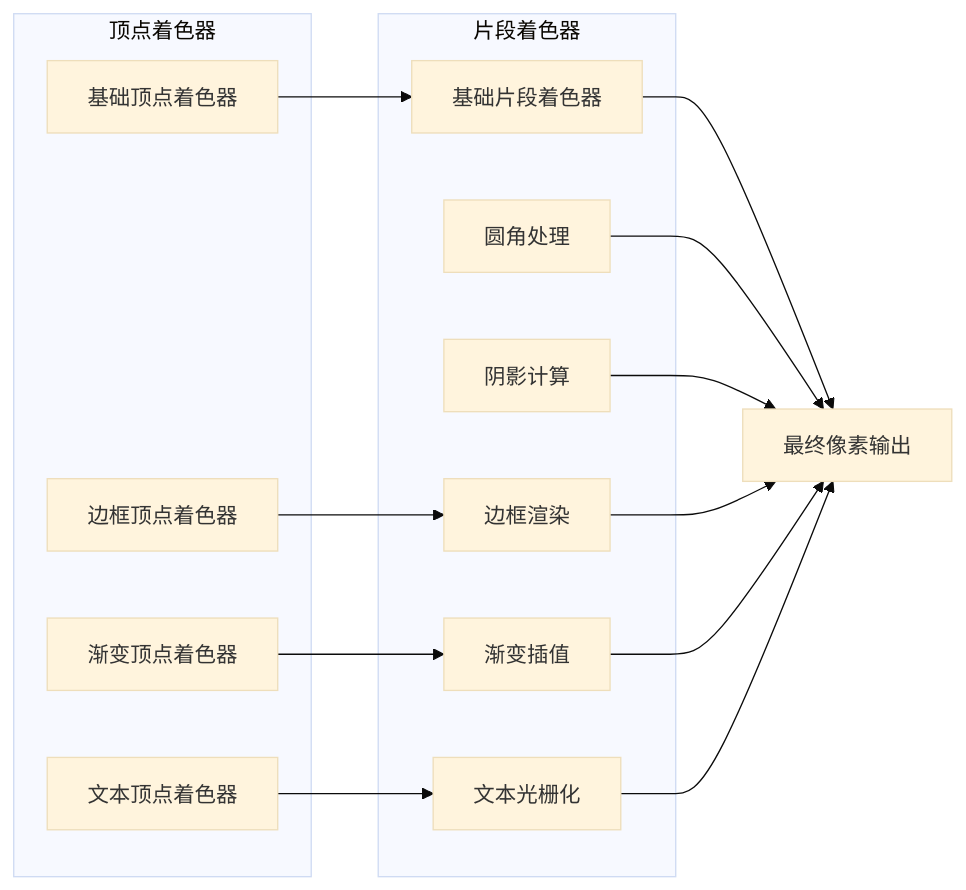
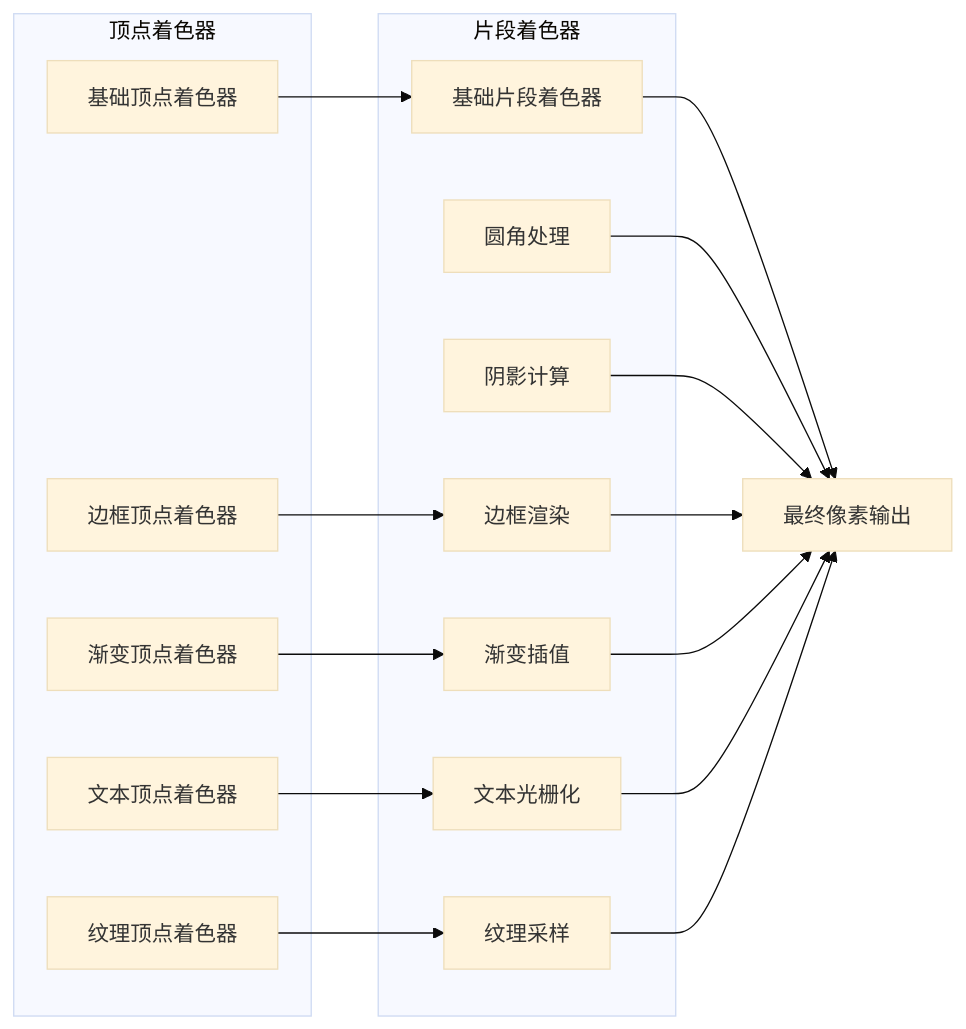
Before and after one commit to itszzl-sudo/iris: the seventh of 22 diagrams in .qoder/repowiki/zh/content/核心功能特性/自研浏览器级渲染能力.md, drawn with Mermaid (base theme). The commit also changed other lines of this file and 4 other files, not shown here.

````diff
--- a/.qoder/repowiki/zh/content/核心功能特性/自研浏览器级渲染能力.md
+++ b/.qoder/repowiki/zh/content/核心功能特性/自研浏览器级渲染能力.md
@@ -291,27 +290,31 @@
 ```mermaid
 graph LR
 subgraph "顶点着色器"
 VS_Base[基础顶点着色器]
 VS_Text[文本顶点着色器]
 VS_Gradient[渐变顶点着色器]
 VS_Border[边框顶点着色器]
+VS_Texture[纹理顶点着色器]
 end
 subgraph "片段着色器"
 FS_Base[基础片段着色器]
 FS_Rounded[圆角处理]
 FS_Shadow[阴影计算]
 FS_Border[边框渲染]
 FS_Gradient[渐变插值]
 FS_Text[文本光栅化]
+FS_Texture[纹理采样]
 end
 VS_Base --> FS_Base
 VS_Text --> FS_Text
 VS_Gradient --> FS_Gradient
 VS_Border --> FS_Border
+VS_Texture --> FS_Texture
 FS_Base --> Output[最终像素输出]
 FS_Rounded --> Output
 FS_Shadow --> Output
 FS_Border --> Output
 FS_Gradient --> Output
 FS_Text --> Output
+FS_Texture --> Output
 ```
````
